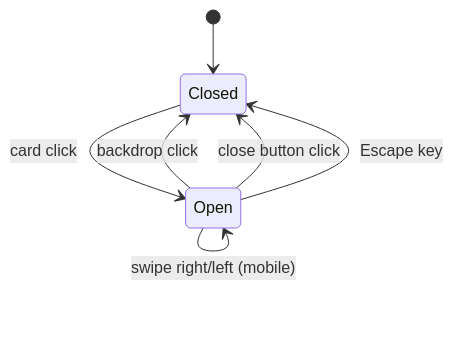
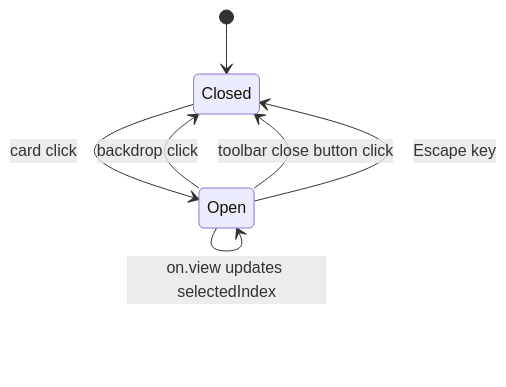
One commit to vele616/website-black-vomit changed the diagram in lode/ui/lightbox.md. Above: the diagram before and after it, drawn with Mermaid. The commit also changed other lines of this file and 5 other files, not shown here.

````diff
--- a/lode/ui/lightbox.md
+++ b/lode/ui/lightbox.md
@@ -10,12 +10,10 @@
 ```mermaid
 stateDiagram-v2
   [*] --> Closed
   Closed --> Open: card click
-  Open --> Open: ArrowLeft key
-  Open --> Open: ArrowRight key
-  Open --> Open: left/right control button click (desktop)
-  Open --> Open: swipe right/left (mobile)
+  Open --> Open: ArrowLeft/ArrowRight/swipe/toolbar
+  Open --> Open: on.view updates selectedIndex
   Open --> Closed: backdrop click
-  Open --> Closed: close button click
+  Open --> Closed: toolbar close button click
   Open --> Closed: Escape key
 ```
````
